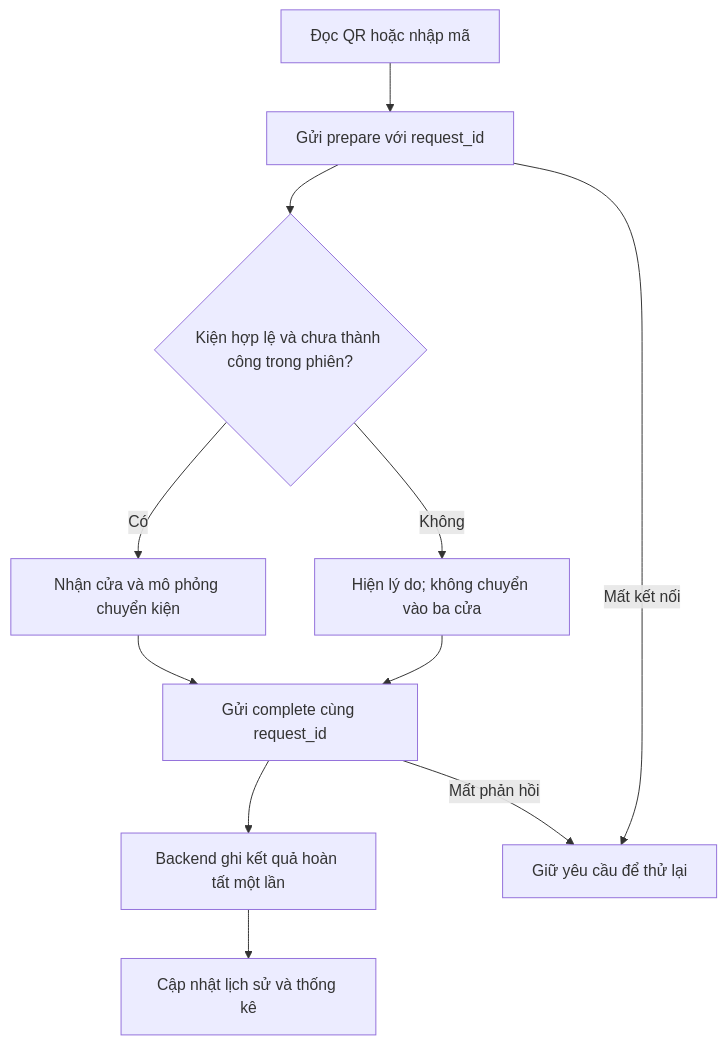
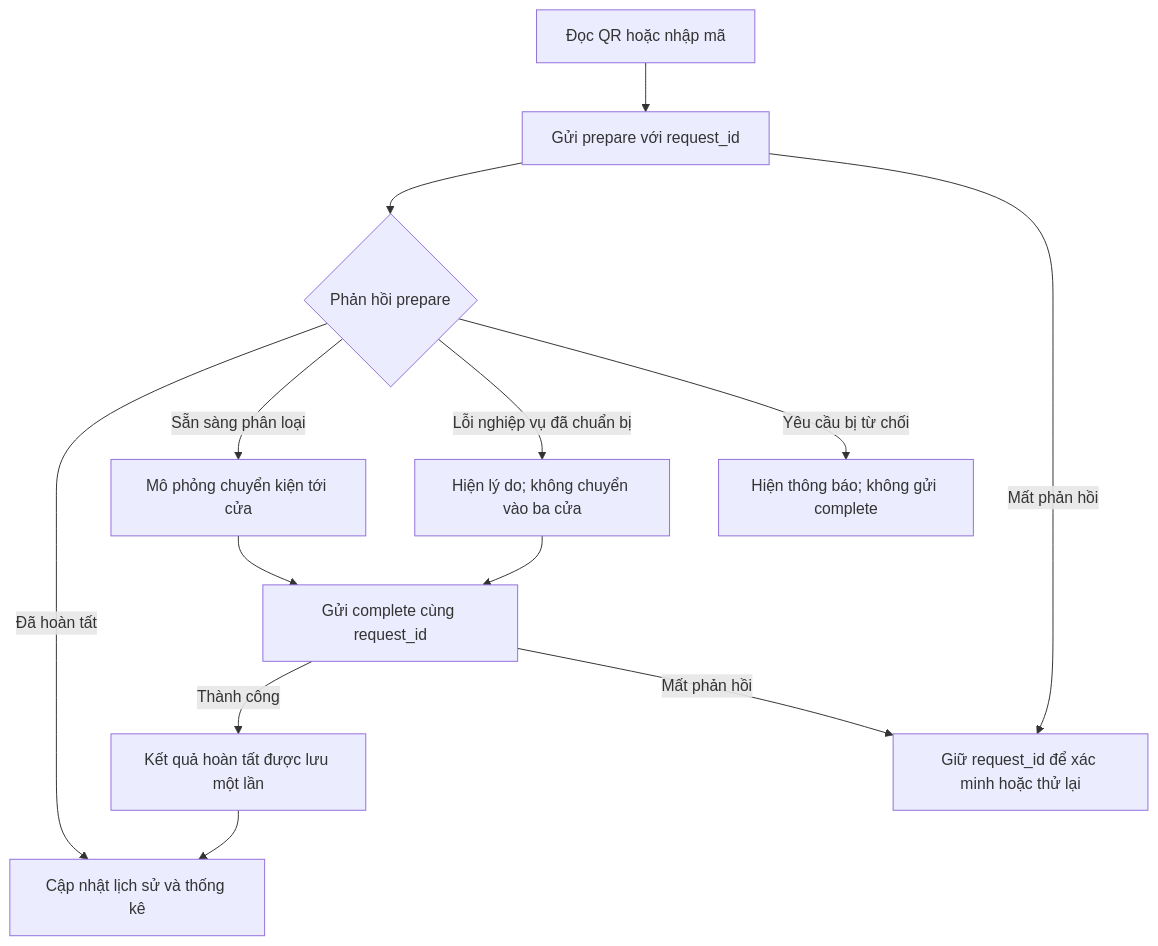
The second of 2 diagrams in docs/system-design.md (tam2006/smart-logistics-nhom-10), drawn with Mermaid before and after one commit. The commit also changed other lines of this file and 4 other files, not shown here.

````diff
--- a/docs/system-design.md
+++ b/docs/system-design.md
@@ -120,13 +134,15 @@
 ```mermaid
 flowchart TD
     A["Đọc QR hoặc nhập mã"] --> B["Gửi prepare với request_id"]
-    B --> C{"Kiện hợp lệ và chưa thành công trong phiên?"}
-    C -->|"Có"| D["Nhận cửa và mô phỏng chuyển kiện"]
-    C -->|"Không"| E["Hiện lý do; không chuyển vào ba cửa"]
+    B --> C{"Phản hồi prepare"}
+    C -->|"Đã hoàn tất"| H["Cập nhật lịch sử và thống kê"]
+    C -->|"Sẵn sàng phân loại"| D["Mô phỏng chuyển kiện tới cửa"]
+    C -->|"Lỗi nghiệp vụ đã chuẩn bị"| E["Hiện lý do; không chuyển vào ba cửa"]
+    C -->|"Yêu cầu bị từ chối"| J["Hiện thông báo; không gửi complete"]
     D --> F["Gửi complete cùng request_id"]
     E --> F
-    F --> G["Backend ghi kết quả hoàn tất một lần"]
-    G --> H["Cập nhật lịch sử và thống kê"]
-    B -->|"Mất kết nối"| I["Giữ yêu cầu để thử lại"]
+    F -->|"Thành công"| G["Kết quả hoàn tất được lưu một lần"]
+    G --> H
+    B -->|"Mất phản hồi"| I["Giữ request_id để xác minh hoặc thử lại"]
     F -->|"Mất phản hồi"| I
 ```
````
